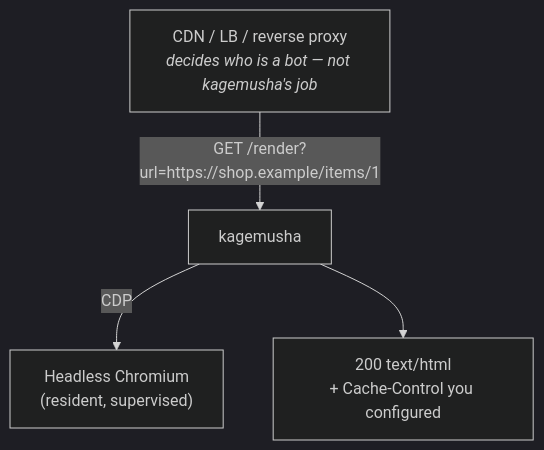
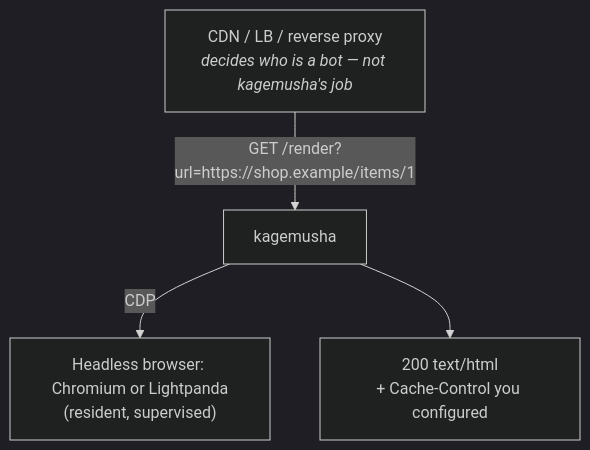
The diagram in README.md (otaqq/kagemusha), drawn with Mermaid (dark theme) before and after one commit. The commit also changed other lines of this file and 3 other files, not shown here.

````diff
--- a/README.md
+++ b/README.md
@@ -8,11 +8,11 @@
 ```mermaid
 flowchart TD
     edge["CDN / LB / reverse proxy<br/><i>decides who is a bot — not kagemusha's job</i>"]
     k["kagemusha"]
-    chrome["Headless Chromium<br/>(resident, supervised)"]
+    chrome["Headless browser: Chromium or Lightpanda<br/>(resident, supervised)"]
     resp["200 text/html<br/>+ Cache-Control you configured"]
 
     edge -- "GET /render?url=https://shop.example/items/1" --> k
     k -- CDP --> chrome
     k --> resp
 ```
````
